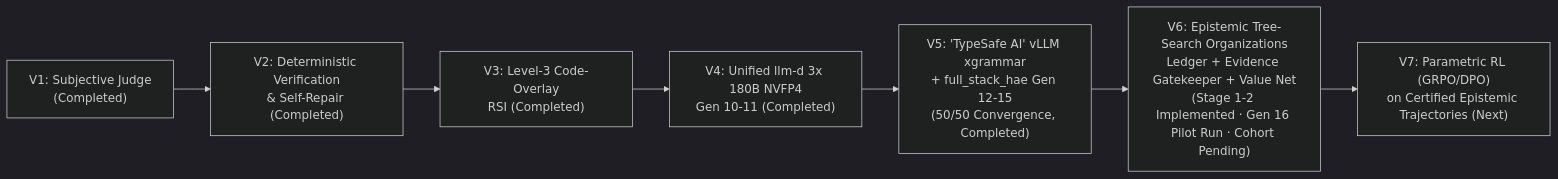
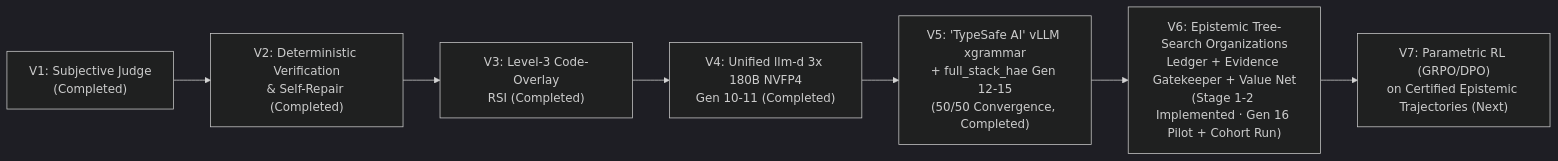
The diagram in README.md (SinaChavoshi/hierarchical-agent-evolution), drawn with Mermaid (dark theme) before and after one commit. The commit also changed other lines of this file and 83 other files, not shown here.

First line of the commit message:
docs(gen16): V6 cohort report — run 1 (26 firm-runs) read by first-pass class; finding 7; calibration; run 2 in flight

````diff
--- a/README.md
+++ b/README.md
@@ -74,9 +74,9 @@
 ```mermaid
 flowchart LR
     V1["V1: Subjective Judge<br/>(Completed)"] --> V2["V2: Deterministic Verification<br/>& Self-Repair (Completed)"]
     V2 --> V3["V3: Level-3 Code-Overlay<br/>RSI (Completed)"]
     V3 --> V4["V4: Unified llm-d 3x 180B NVFP4<br/>Gen 10-11 (Completed)"]
     V4 --> V5["V5: 'TypeSafe AI' vLLM xgrammar<br/>+ full_stack_hae Gen 12-15<br/>(50/50 Convergence, Completed)"]
-    V5 --> V6["V6: Epistemic Tree-Search Organizations<br/>Ledger + Evidence Gatekeeper + Value Net<br/>(Stage 1-2 Implemented · Gen 16 Pilot Run · Cohort Pending)"]
+    V5 --> V6["V6: Epistemic Tree-Search Organizations<br/>Ledger + Evidence Gatekeeper + Value Net<br/>(Stage 1-2 Implemented · Gen 16 Pilot + Cohort Run)"]
     V6 --> V7["V7: Parametric RL (GRPO/DPO)<br/>on Certified Epistemic Trajectories (Next)"]
 ```
````
